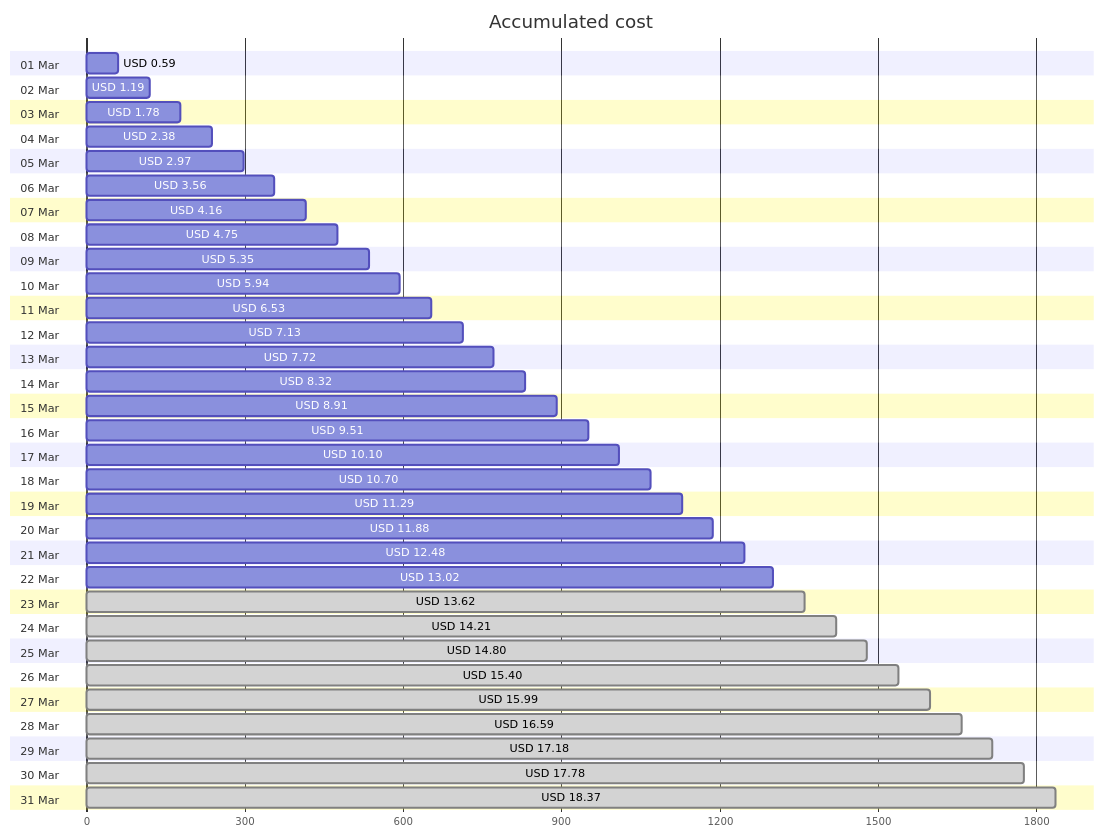
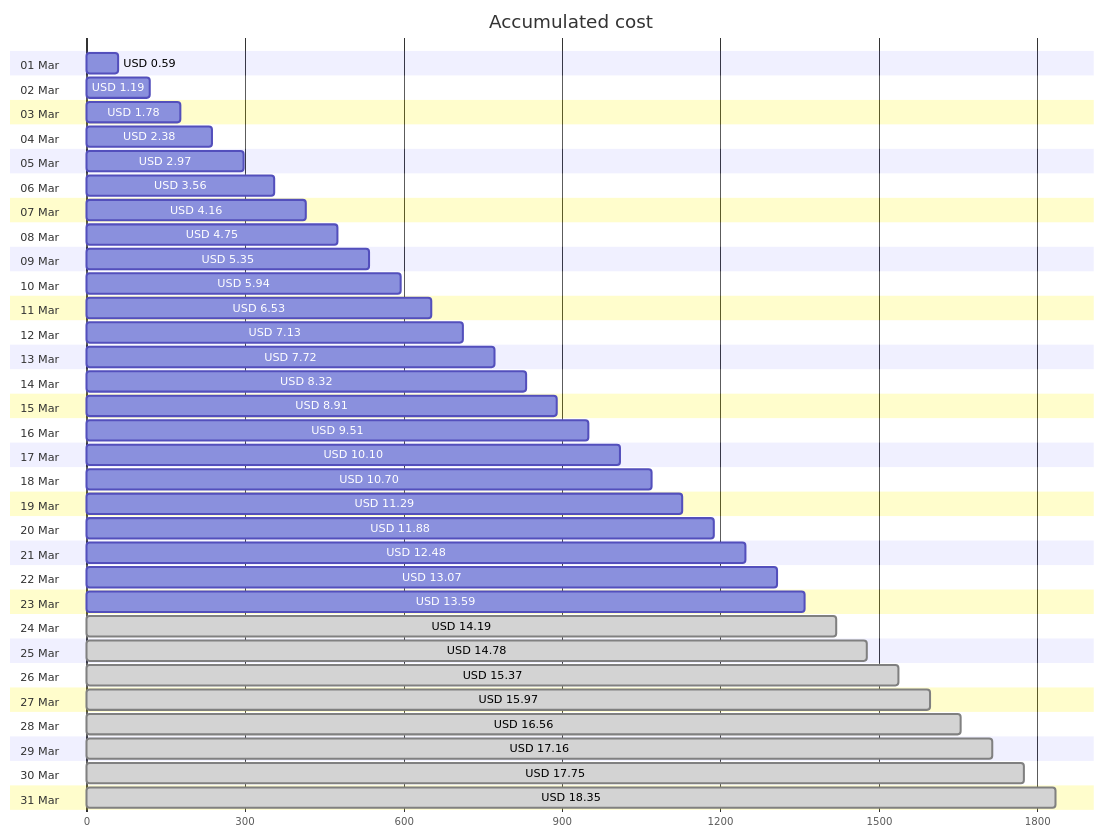
One commit to jpfulton/azure-personal-reports changed the first of 4 diagrams in cost-reports/personal-site/README.md. Above: the diagram before and after it, drawn with Mermaid. The commit also changed other lines of this file and 6 other files, not shown here.

````diff
--- a/cost-reports/personal-site/README.md
+++ b/cost-reports/personal-site/README.md
@@ -20,68 +20,68 @@
 ```mermaid
 gantt
    title Accumulated cost
    dateFormat  X
    axisFormat %s
    section 01 Mar
    USD 0.59 :0, 59
    section 02 Mar
    USD 1.19 :0, 119
    section 03 Mar
    USD 1.78 :0, 178
    section 04 Mar
    USD 2.38 :0, 238
    section 05 Mar
    USD 2.97 :0, 297
    section 06 Mar
    USD 3.56 :0, 356
    section 07 Mar
    USD 4.16 :0, 416
    section 08 Mar
    USD 4.75 :0, 475
    section 09 Mar
    USD 5.35 :0, 535
    section 10 Mar
    USD 5.94 :0, 594
    section 11 Mar
    USD 6.53 :0, 653
    section 12 Mar
    USD 7.13 :0, 713
    section 13 Mar
    USD 7.72 :0, 772
    section 14 Mar
    USD 8.32 :0, 832
    section 15 Mar
    USD 8.91 :0, 891
    section 16 Mar
    USD 9.51 :0, 951
    section 17 Mar
    USD 10.10 :0, 1010
    section 18 Mar
    USD 10.70 :0, 1070
    section 19 Mar
    USD 11.29 :0, 1129
    section 20 Mar
    USD 11.88 :0, 1188
    section 21 Mar
    USD 12.48 :0, 1248
    section 22 Mar
-   USD 13.02 :0, 1302
+   USD 13.07 :0, 1307
    section 23 Mar
-   USD 13.62 : done, 0, 1362
+   USD 13.59 :0, 1359
    section 24 Mar
-   USD 14.21 : done, 0, 1421
+   USD 14.19 : done, 0, 1419
    section 25 Mar
-   USD 14.80 : done, 0, 1480
+   USD 14.78 : done, 0, 1478
    section 26 Mar
-   USD 15.40 : done, 0, 1540
+   USD 15.37 : done, 0, 1537
    section 27 Mar
-   USD 15.99 : done, 0, 1599
+   USD 15.97 : done, 0, 1597
    section 28 Mar
-   USD 16.59 : done, 0, 1659
+   USD 16.56 : done, 0, 1656
    section 29 Mar
-   USD 17.18 : done, 0, 1718
+   USD 17.16 : done, 0, 1716
    section 30 Mar
-   USD 17.78 : done, 0, 1778
+   USD 17.75 : done, 0, 1775
    section 31 Mar
-   USD 18.37 : done, 0, 1837
+   USD 18.35 : done, 0, 1835
 ```
````
